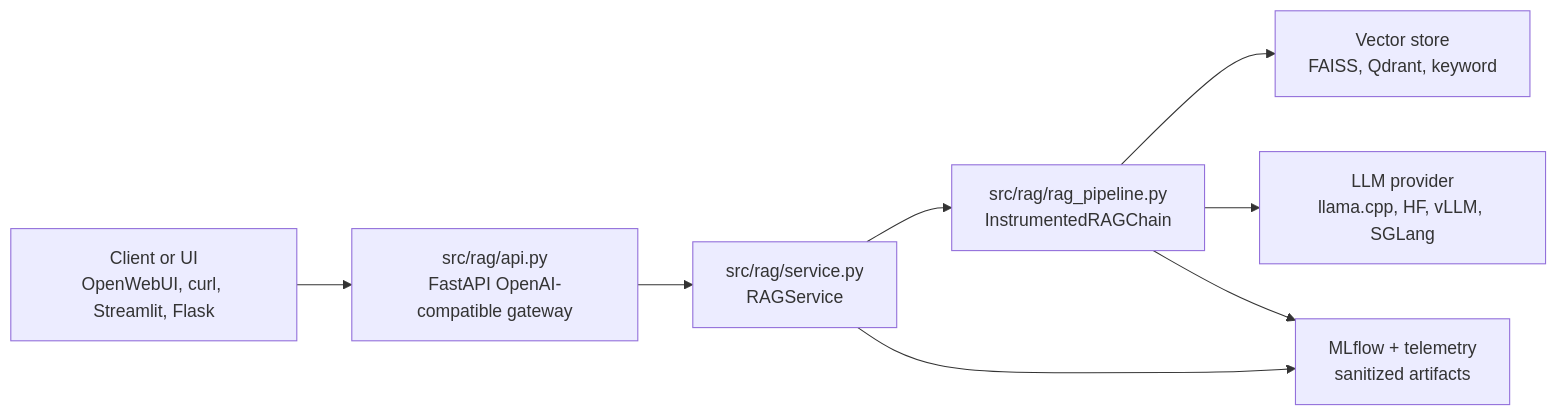
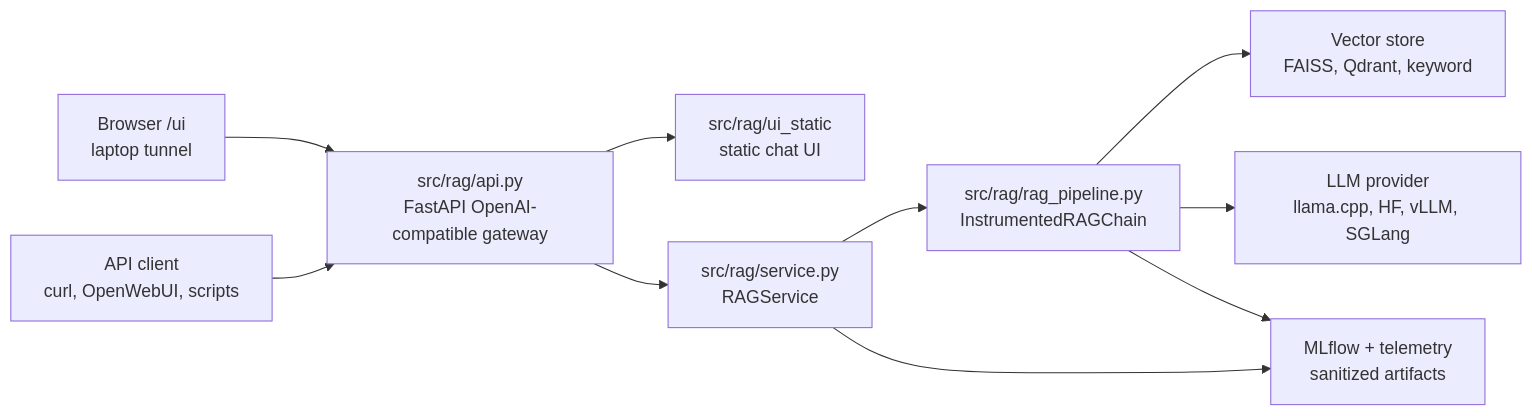
One commit to epunzal2/oarc-ai-assistant changed the first of 2 diagrams in project_docs/ARCHITECTURE.md. Above: the diagram before and after it, drawn with Mermaid. The commit also changed other lines of this file and 46 other files, not shown here.

````diff
--- a/project_docs/ARCHITECTURE.md
+++ b/project_docs/ARCHITECTURE.md
@@ -68,18 +75,22 @@
 ```mermaid
 flowchart LR
-    Client["Client or UI<br/>OpenWebUI, curl, Streamlit, Flask"]
+    Browser["Browser /ui<br/>laptop tunnel"]
+    Client["API client<br/>curl, OpenWebUI, scripts"]
     API["src/rag/api.py<br/>FastAPI OpenAI-compatible gateway"]
+    UI["src/rag/ui_static<br/>static chat UI"]
     Service["src/rag/service.py<br/>RAGService"]
     Chain["src/rag/rag_pipeline.py<br/>InstrumentedRAGChain"]
     Store["Vector store<br/>FAISS, Qdrant, keyword"]
     Provider["LLM provider<br/>llama.cpp, HF, vLLM, SGLang"]
     MLflow["MLflow + telemetry<br/>sanitized artifacts"]
 
+    Browser --> API
     Client --> API
+    API --> UI
     API --> Service
     Service --> Chain
     Chain --> Store
     Chain --> Provider
     Service --> MLflow
     Chain --> MLflow
 ```
````
